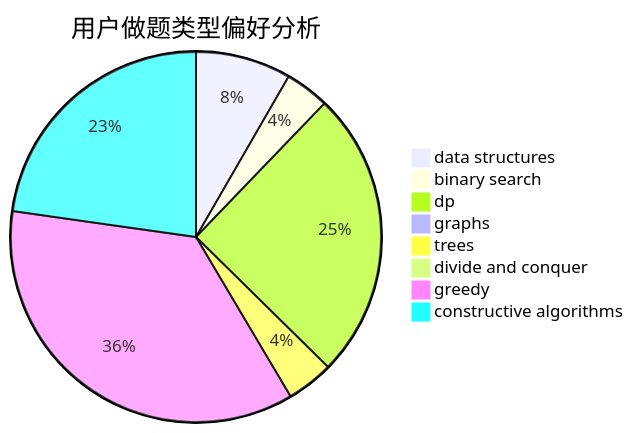
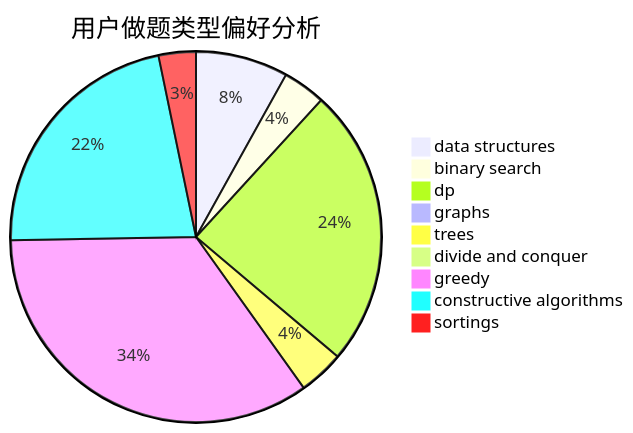
The second of 3 diagrams in docs/user/u2573.md (sherpahu/cfrs.github.io), drawn with Mermaid before and after one commit. The commit also changed other lines of this file and 2769 other files, not shown here.

````diff
--- a/docs/user/u2573.md
+++ b/docs/user/u2573.md
@@ -23,11 +18,12 @@
 ```mermaid
 pie title 用户做题类型偏好分析
     "data structures" :  134
     "binary search" :  62
     "dp" :  405
     "graphs" :  7
     "trees" :  66
     "divide and conquer" :  0
     "greedy" :  575
     "constructive algorithms" :  366
+    "sortings" :  54
 ```
````
